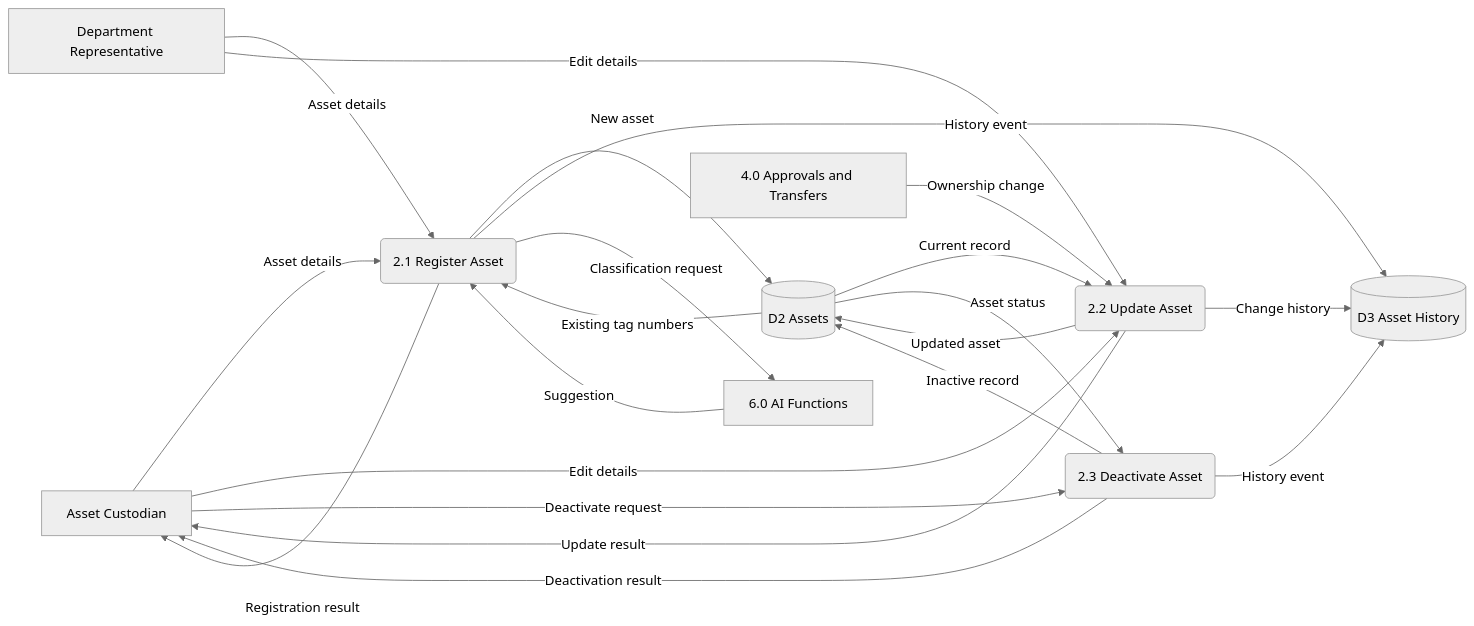
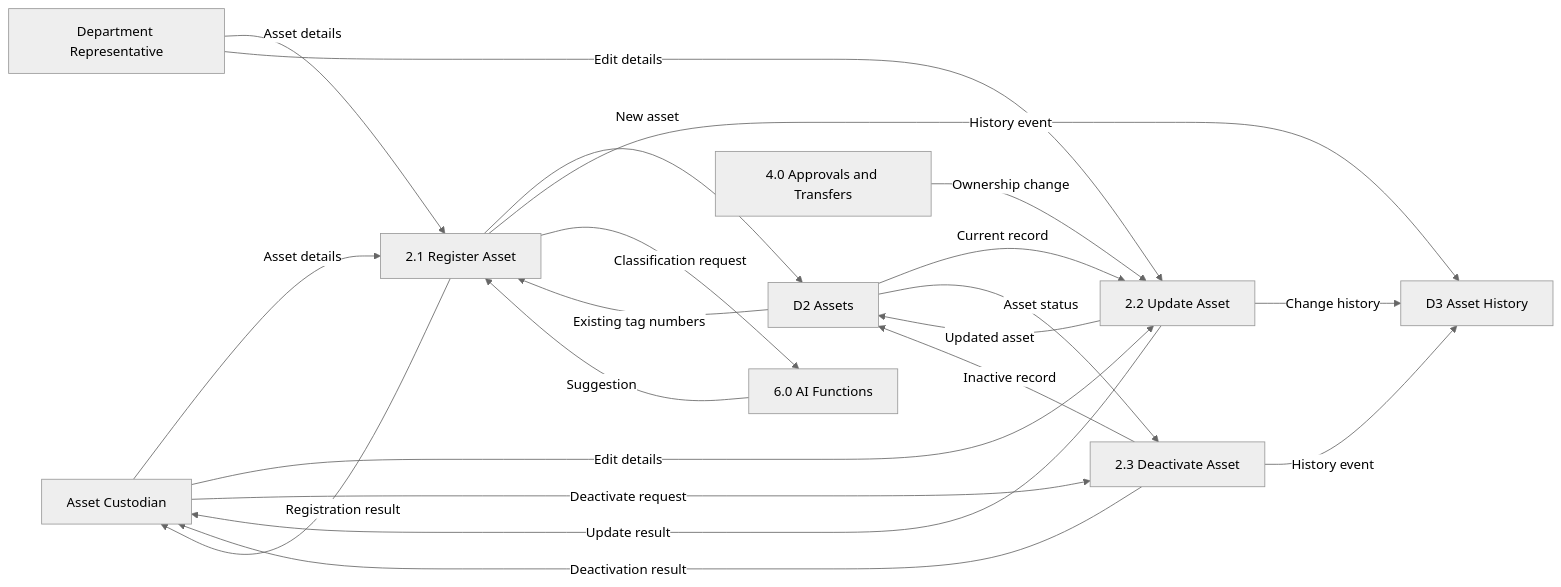
The first of 10 diagrams in phase 4-5/01_part1_assets_marketplace_requests.md (Abdulla66541/COSC336-GROUP5), drawn with Mermaid (neutral theme) before and after one commit. The commit also changed other lines of this file, not shown here.

````diff
--- a/phase 4-5/01_part1_assets_marketplace_requests.md
+++ b/phase 4-5/01_part1_assets_marketplace_requests.md
@@ -29,37 +27,37 @@
 ```mermaid
 flowchart LR
-    AC[Asset Custodian]
-    DR[Department Representative]
+    AC["Asset Custodian"]
+    DR["Department Representative"]
 
-    P21(2.1 Register Asset)
-    P22(2.2 Update Asset)
-    P23(2.3 Deactivate Asset)
+    P21["2.1 Register Asset"]
+    P22["2.2 Update Asset"]
+    P23["2.3 Deactivate Asset"]
 
-    D2[(D2 Assets)]
-    D3[(D3 Asset History)]
-    AI[6.0 AI Functions]
-    P4[4.0 Approvals and Transfers]
+    D2["D2 Assets"]
+    D3["D3 Asset History"]
+    AI["6.0 AI Functions"]
+    P4["4.0 Approvals and Transfers"]
 
     AC -->|Asset details| P21
     DR -->|Asset details| P21
     D2 -->|Existing tag numbers| P21
     P21 -->|New asset| D2
     P21 -->|History event| D3
     P21 -->|Classification request| AI
     AI -->|Suggestion| P21
     P21 -->|Registration result| AC
 
     AC -->|Edit details| P22
     DR -->|Edit details| P22
     D2 -->|Current record| P22
     P4 -->|Ownership change| P22
     P22 -->|Updated asset| D2
     P22 -->|Change history| D3
     P22 -->|Update result| AC
 
     AC -->|Deactivate request| P23
     D2 -->|Asset status| P23
     P23 -->|Inactive record| D2
     P23 -->|History event| D3
     P23 -->|Deactivation result| AC
 ```
````
